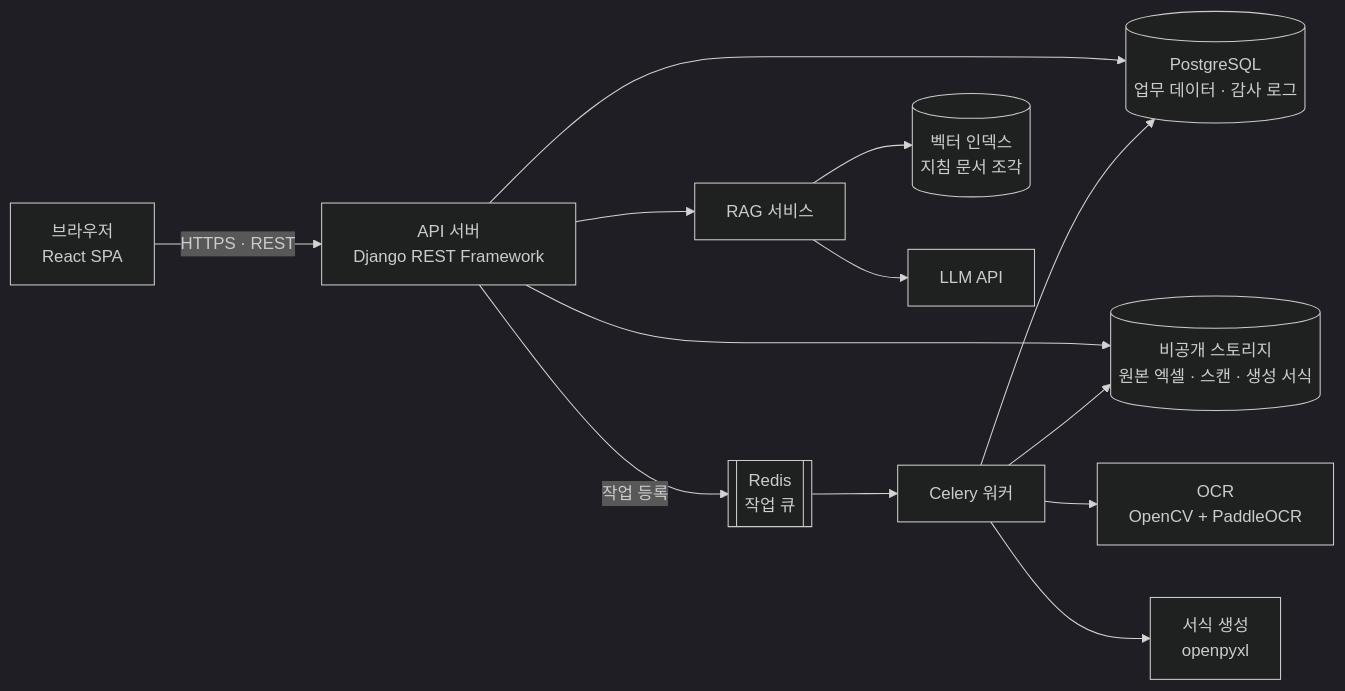
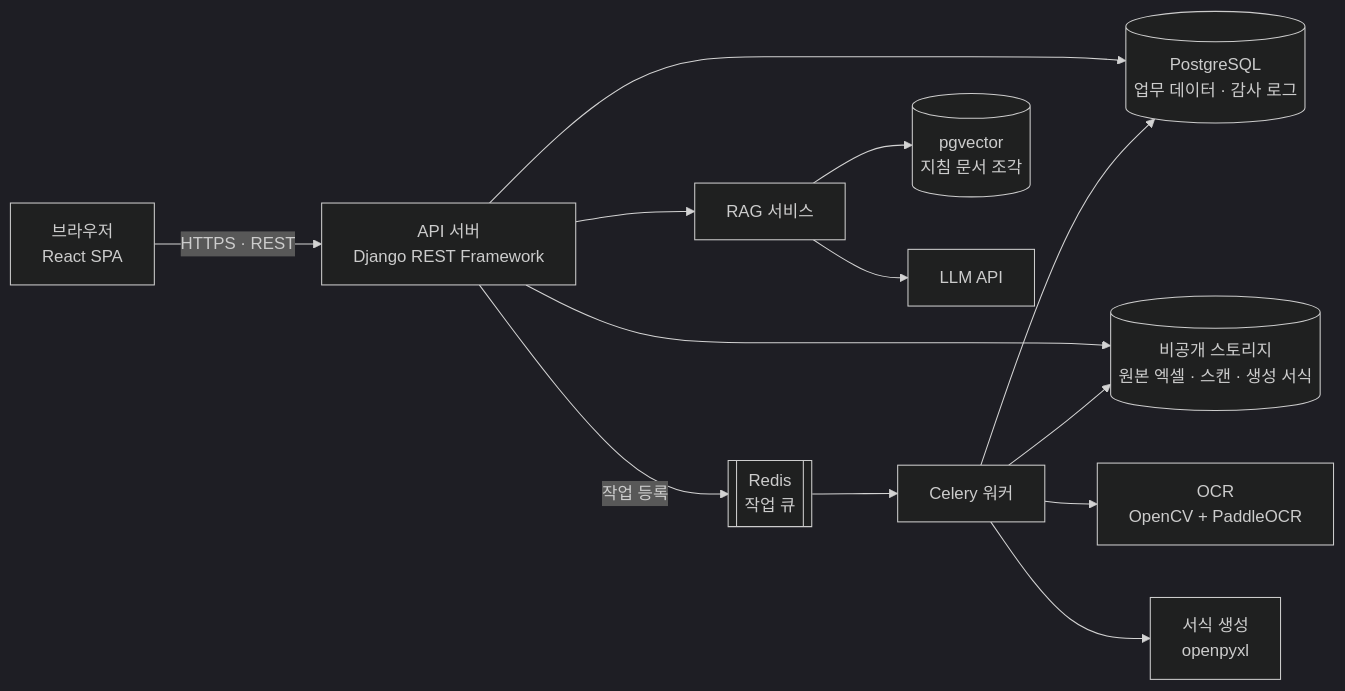
Before and after one commit to YC-CapstoneDesign-5/.github: the third of 13 diagrams in docs/ARCHITECTURE.md, drawn with Mermaid (dark theme). The commit also changed other lines of this file and 5 other files, not shown here.

````diff
--- a/docs/ARCHITECTURE.md
+++ b/docs/ARCHITECTURE.md
@@ -122,15 +122,15 @@
 ```mermaid
 flowchart LR
     U["브라우저<br>React SPA"] -->|HTTPS · REST| API["API 서버<br>Django REST Framework"]
     API --> DB[("PostgreSQL<br>업무 데이터 · 감사 로그")]
     API --> ST[("비공개 스토리지<br>원본 엑셀 · 스캔 · 생성 서식")]
     API -->|작업 등록| Q[["Redis<br>작업 큐"]]
     Q --> W["Celery 워커"]
     W --> OCRW["OCR<br>OpenCV + PaddleOCR"]
     W --> XL["서식 생성<br>openpyxl"]
     W --> DB
     W --> ST
     API --> RAG["RAG 서비스"]
-    RAG --> VDB[("벡터 인덱스<br>지침 문서 조각")]
+    RAG --> VDB[("pgvector<br>지침 문서 조각")]
     RAG --> LLM["LLM API"]
 ```
````
